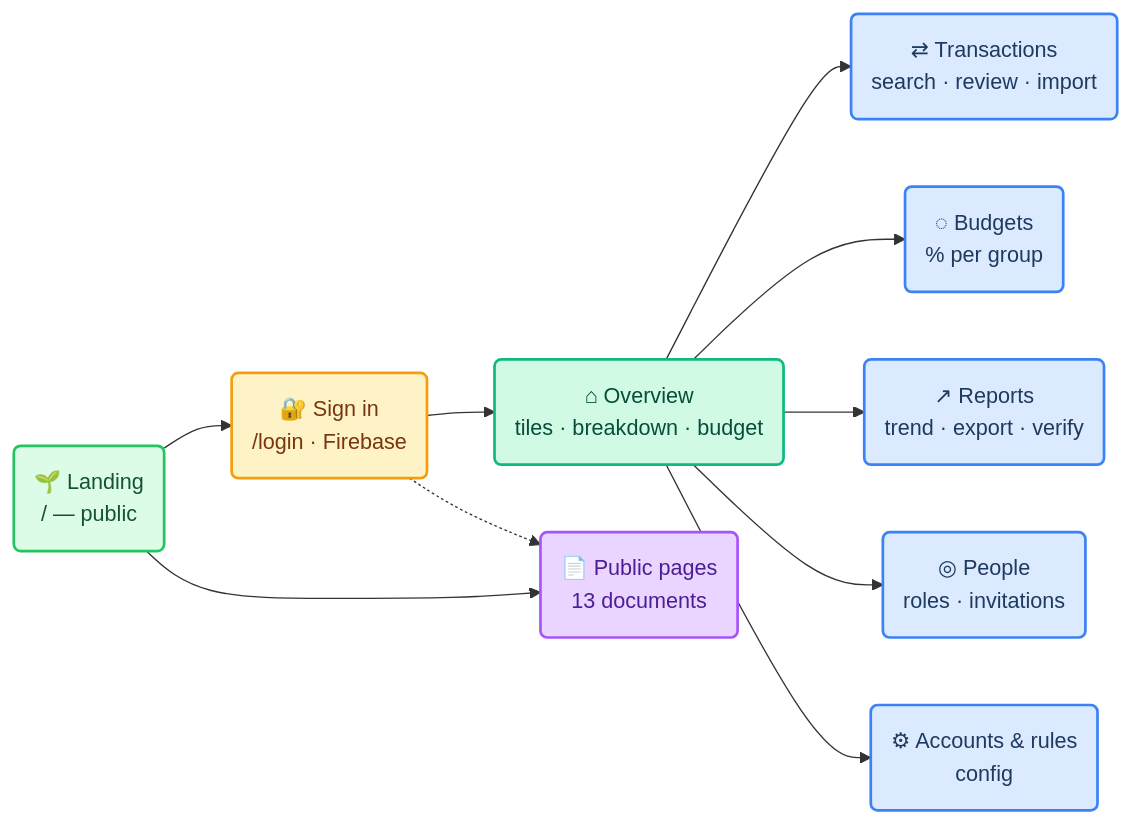
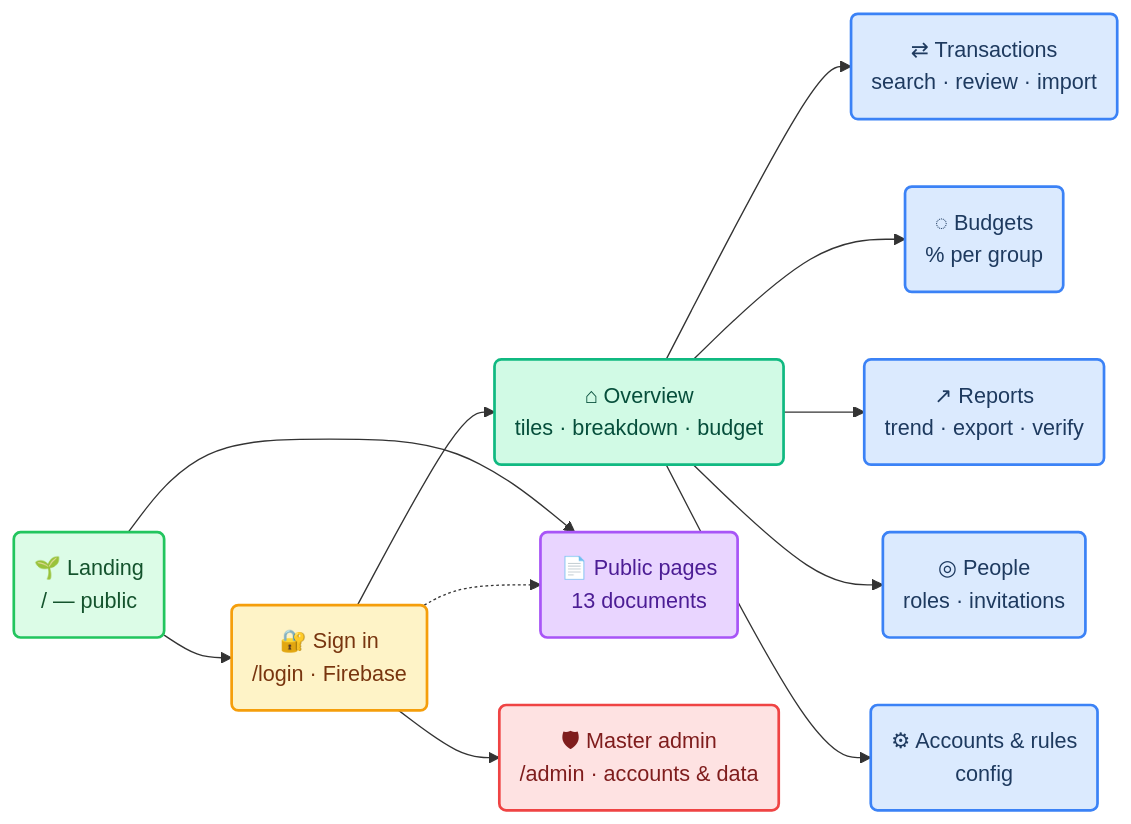
Before and after one commit to EasyLance/paisa: the diagram in docs/design.md, drawn with Mermaid. The commit also changed other lines of this file and 24 other files, not shown here.

````diff
--- a/docs/design.md
+++ b/docs/design.md
@@ -95,34 +95,38 @@
 ```mermaid
 flowchart LR
     L("🌱 Landing<br/>/ — public")
     A("🔐 Sign in<br/>/login · Firebase")
     O("⌂ Overview<br/>tiles · breakdown · budget")
     T("⇄ Transactions<br/>search · review · import")
     B("◌ Budgets<br/>% per group")
     R("↗ Reports<br/>trend · export · verify")
     P("◎ People<br/>roles · invitations")
     S("⚙ Accounts & rules<br/>config")
     I("📄 Public pages<br/>13 documents")
+    M("🛡 Master admin<br/>/admin · accounts & data")
 
     L --> A
     A --> O
     O --> T
     O --> B
     O --> R
     O --> P
     O --> S
     L --> I
     A -.-> I
+    A --> M
 
     classDef land fill:#dcfce7,stroke:#22c55e,stroke-width:2px,color:#14532d
     classDef auth fill:#fef3c7,stroke:#f59e0b,stroke-width:2px,color:#78350f
     classDef main fill:#d1fae5,stroke:#10b981,stroke-width:2px,color:#064e3b
     classDef sub  fill:#dbeafe,stroke:#3b82f6,stroke-width:2px,color:#1e3a5f
     classDef pub  fill:#e9d5ff,stroke:#a855f7,stroke-width:2px,color:#4c1d95
+    classDef root fill:#fee2e2,stroke:#ef4444,stroke-width:2px,color:#7f1d1d
 
     class L land
     class A auth
     class O main
     class T,B,R,P,S sub
     class I pub
+    class M root
 ```
````
